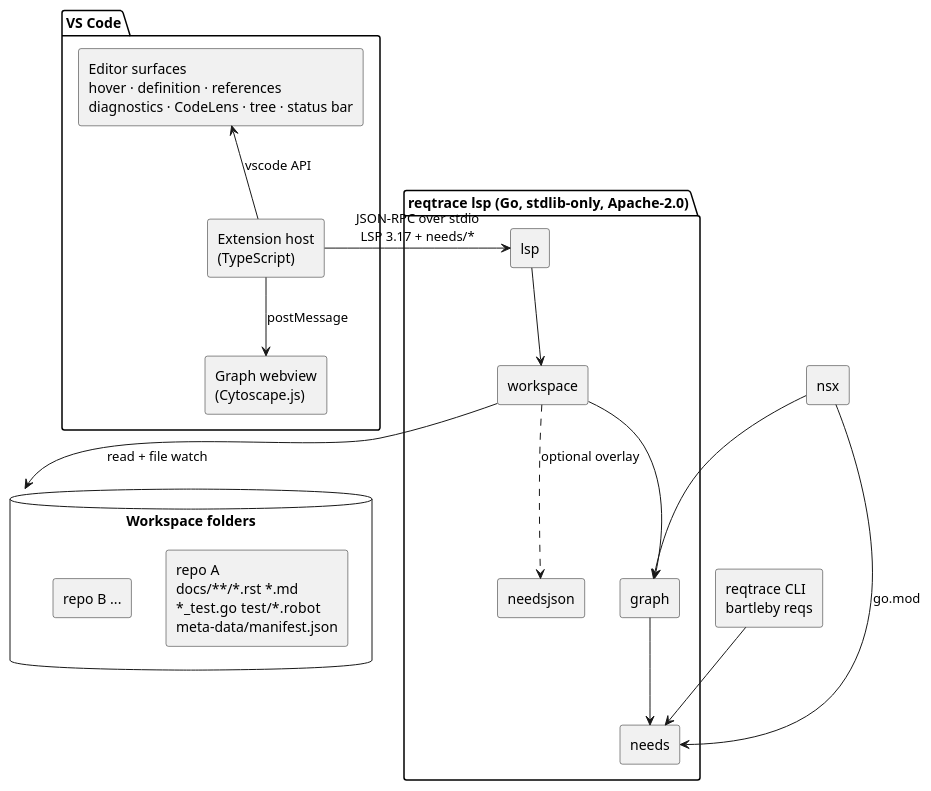
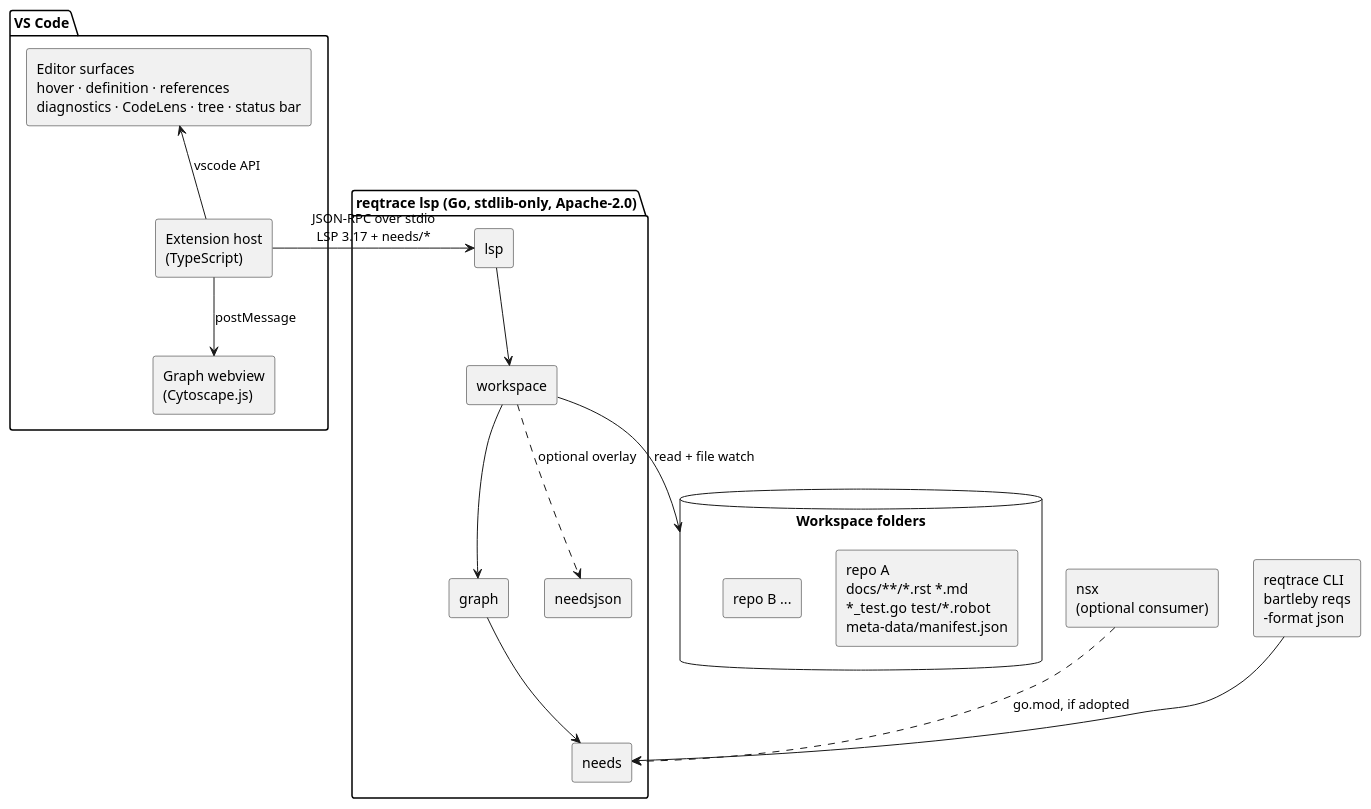
One commit to NeuronSphere/hmd-cli-bartleby changed the diagram in docs/proposals/NERD002_VS_Code_Needs_Graph_Extension.rst. Above: the diagram before and after it, drawn with PlantUML. The commit also changed other lines of this file and 21 other files, not shown here.

```diff
--- a/docs/proposals/NERD002_VS_Code_Needs_Graph_Extension.rst
+++ b/docs/proposals/NERD002_VS_Code_Needs_Graph_Extension.rst
@@ -133,40 +141,39 @@
 .. uml::
 
    @startuml
    skinparam componentStyle rectangle
    skinparam defaultFontName Helvetica
 
    package "VS Code" {
      [Extension host\n(TypeScript)] as host
      [Graph webview\n(Cytoscape.js)] as web
      [Editor surfaces\nhover · definition · references\ndiagnostics · CodeLens · tree · status bar] as editor
      host -down-> web : postMessage
      host -up-> editor : vscode API
    }
 
    package "reqtrace lsp (Go, stdlib-only, Apache-2.0)" {
      [lsp] as lsp
      [workspace] as ws
      [graph] as graph
      [needs] as needs
      [needsjson] as nj
      lsp --> ws
      ws --> graph
      graph --> needs
      ws ..> nj : optional overlay
    }
 
    host -right-> lsp : JSON-RPC over stdio\nLSP 3.17 + needs/*
 
    database "Workspace folders" as repos {
      [repo A\ndocs/**/*.rst *.md\n*_test.go  test/*.robot\nmeta-data/manifest.json]
      [repo B ...]
    }
    ws --> repos : read + file watch
 
-   [nsx] as nsx
-   [reqtrace CLI\nbartleby reqs] as cli
-   nsx --> needs : go.mod
-   nsx --> graph
+   [nsx\n(optional consumer)] as nsx
+   [reqtrace CLI\nbartleby reqs\n-format json] as cli
+   nsx ..> needs : go.mod, if adopted
    cli --> needs
    @enduml
```
